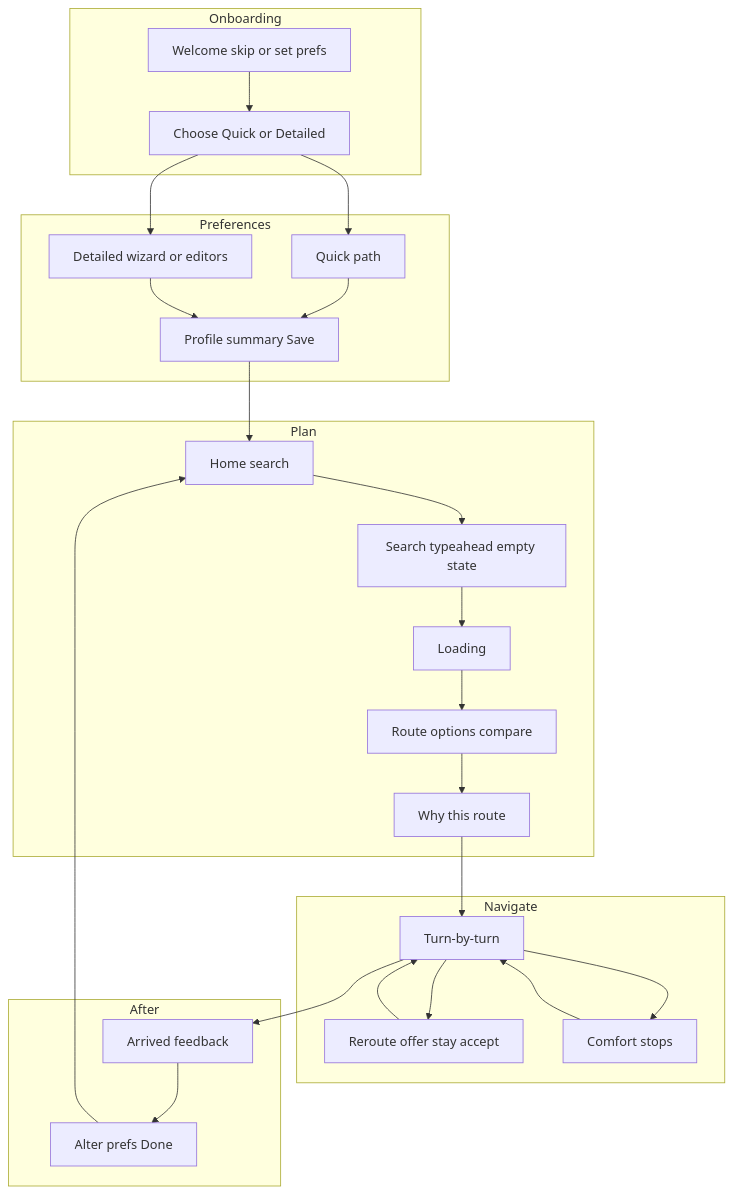
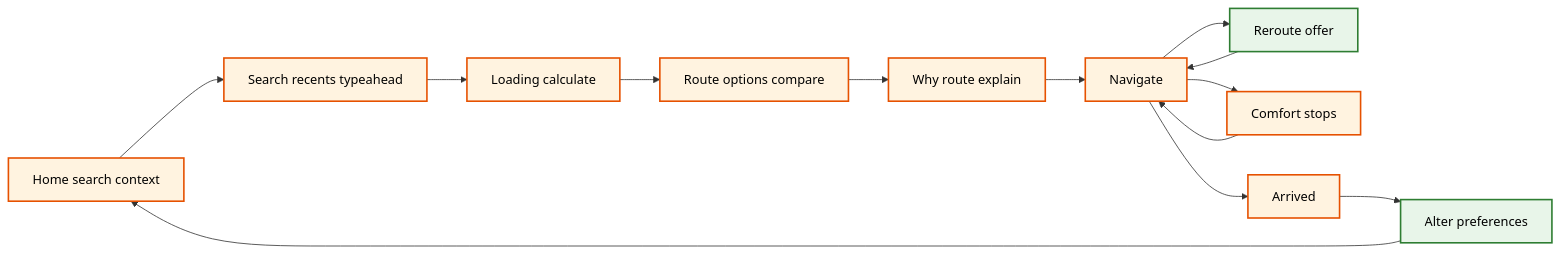
Before and after one commit to ZB1234D/SIT314_Project: the first of 2 diagrams in README.md, drawn with Mermaid. The commit also changed other lines of this file, not shown here.

````diff
--- a/README.md
+++ b/README.md
@@ -179,39 +228,25 @@
 ```mermaid
-flowchart TB
-  subgraph ONB["Onboarding"]
-    W[Welcome skip or set prefs]
-    CH[Choose Quick or Detailed]
-    W --> CH
-  end
-  subgraph PREFS["Preferences"]
-    Q[Quick path]
-    D[Detailed wizard or editors]
-    P[Profile summary Save]
-    CH --> Q
-    CH --> D
-    Q --> P
-    D --> P
-  end
-  subgraph PLAN["Plan"]
-    H[Home search]
-    S[Search typeahead empty state]
-    L[Loading]
-    R[Route options compare]
-    Y[Why this route]
-    P --> H
-    H --> S --> L --> R --> Y
-  end
-  subgraph RUN["Navigate"]
-    N[Turn-by-turn]
-    RR[Reroute offer stay accept]
-    B[Comfort stops]
-    Y --> N
-    N --> RR --> N
-    N --> B --> N
-  end
-  subgraph AFTER["After"]
-    F[Arrived feedback]
-    A[Alter prefs Done]
-    N --> F --> A --> H
-  end
+flowchart LR
+  H[Home search context]
+  S_search[Search recents typeahead]
+  L[Loading calculate]
+  R[Route options compare]
+  Y[Why route explain]
+  N[Navigate]
+  X[Reroute offer]
+  B[Comfort stops]
+  A[Arrived]
+  F[Alter preferences]
+
+  H --> S_search --> L --> R --> Y --> N
+  N --> X --> N
+  N --> B --> N
+  N --> A --> F --> H
+
+  classDef lowfi fill:#FFF3E0,stroke:#E65100,stroke-width:2px,color:#000
+  classDef hifi fill:#E8F5E9,stroke:#2E7D32,stroke-width:2px,color:#000
+  classDef delta fill:#E3F2FD,stroke:#1565C0,stroke-width:2px,color:#000
+
+  class H,S_search,L,R,Y,N,B,A lowfi
+  class X,F hifi
 ```
````
